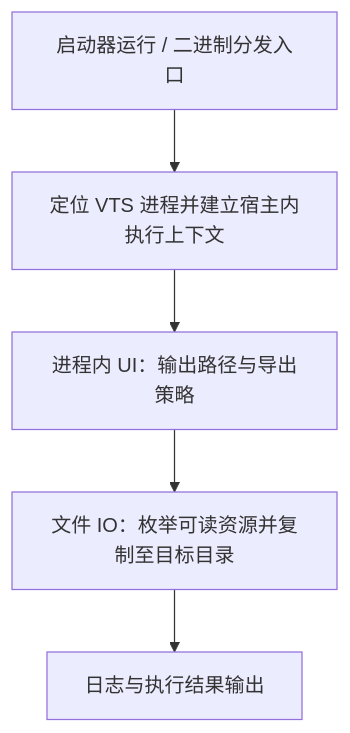
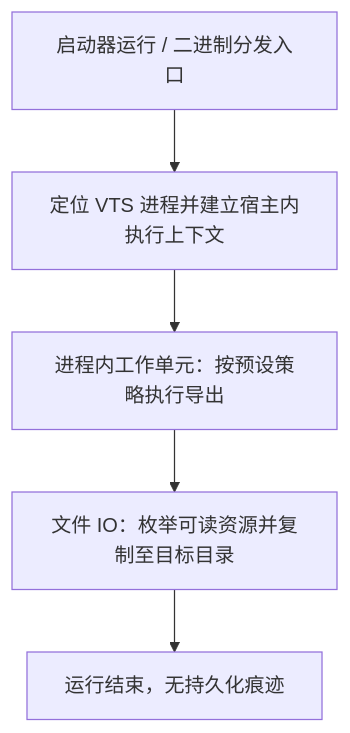
The diagram in README.md (BarryWangQwQ/VTSResourceHook), drawn with Mermaid before and after one commit. The commit also changed other lines of this file and 1 other file, not shown here.

````diff
--- a/README.md
+++ b/README.md
@@ -116,7 +310,7 @@
 ```mermaid
 flowchart TD
     A[启动器运行 / 二进制分发入口] --> B[定位 VTS 进程并建立宿主内执行上下文]
-    B --> C[进程内 UI：输出路径与导出策略]
+    B --> C[进程内工作单元：按预设策略执行导出]
     C --> D[文件 IO：枚举可读资源并复制至目标目录]
-    D --> E[日志与执行结果输出]
+    D --> E[运行结束，无持久化痕迹]
 ```
````
